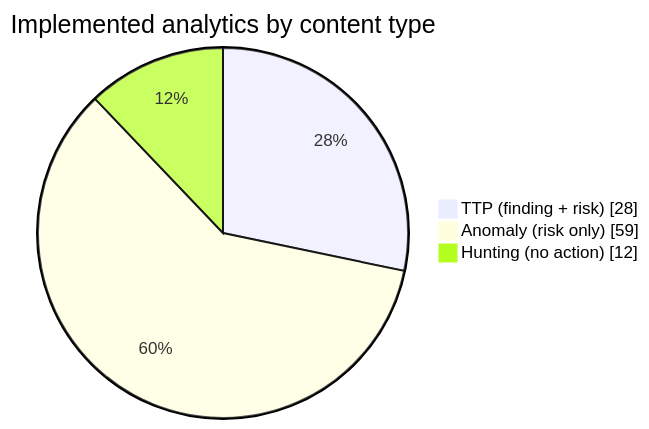
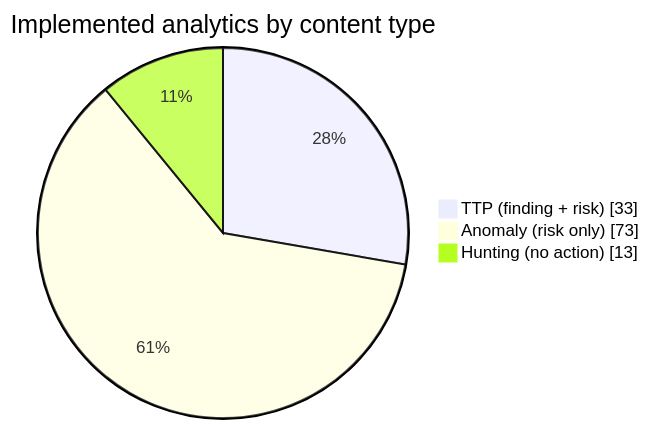
One commit to dev-nobytes-io/mitre-defensive-mappings-spl changed the first of 2 diagrams in docs/analytics/README.md. Above: the diagram before and after it, drawn with Mermaid. The commit also changed other lines of this file and 71 other files, not shown here.

````diff
--- a/docs/analytics/README.md
+++ b/docs/analytics/README.md
@@ -5,7 +5,7 @@
 ```mermaid
 pie showData
     title Implemented analytics by content type
-    "TTP (finding + risk)" : 28
-    "Anomaly (risk only)" : 59
-    "Hunting (no action)" : 12
+    "TTP (finding + risk)" : 33
+    "Anomaly (risk only)" : 73
+    "Hunting (no action)" : 13
 ```
````
